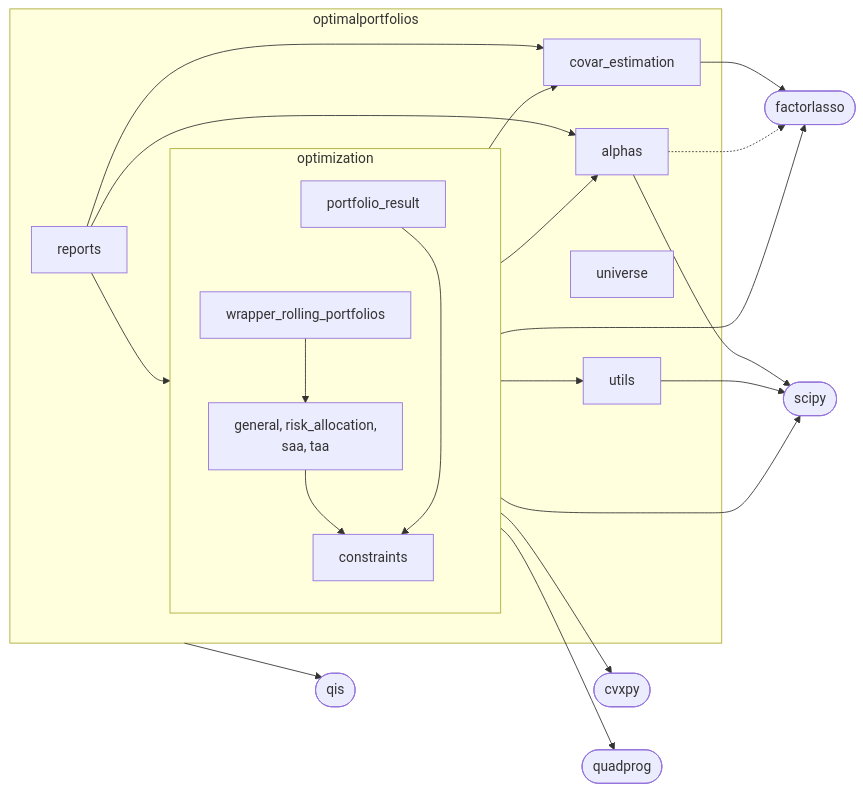
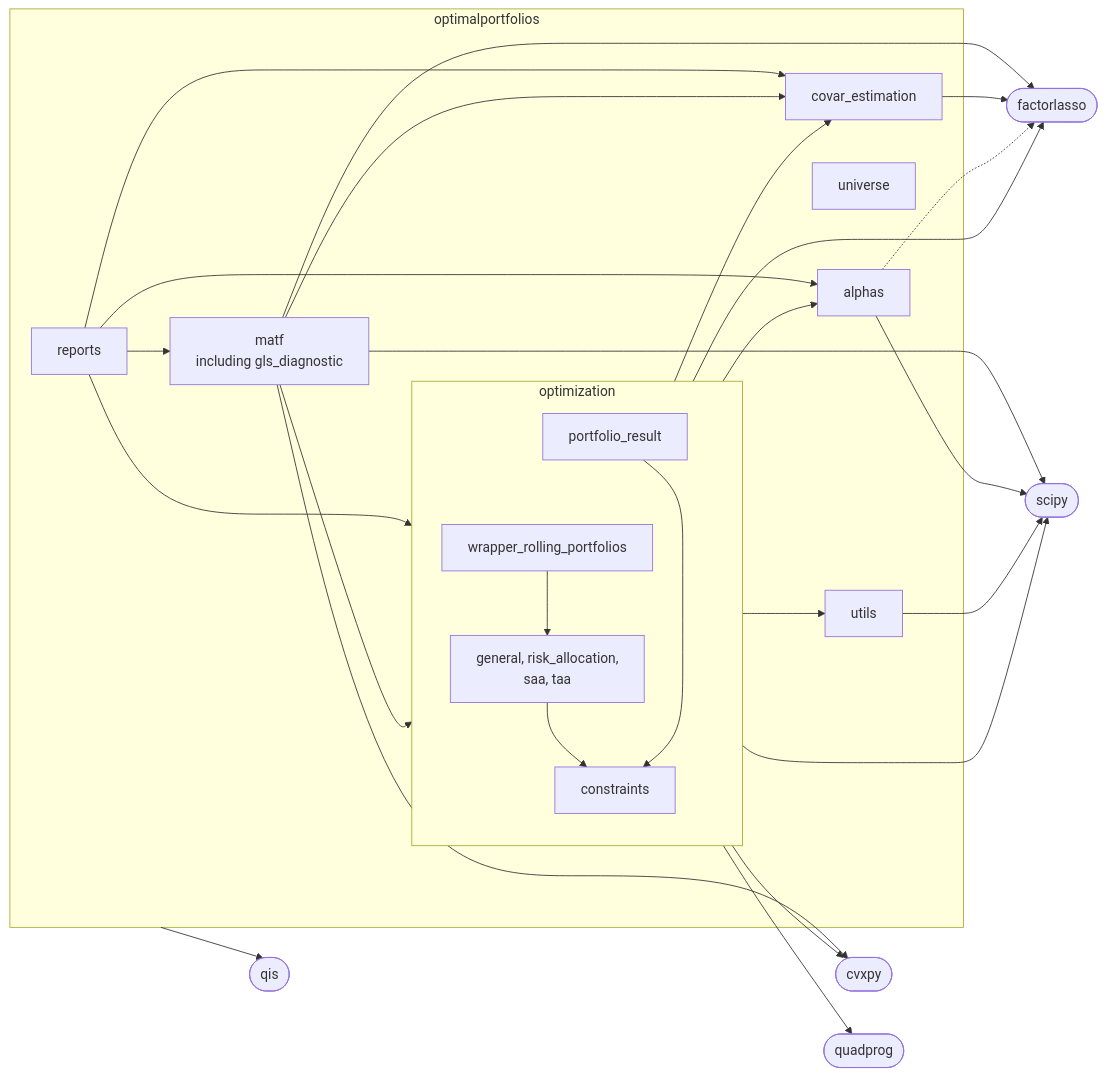
The second of 2 diagrams in docs/software_design.md (ArturSepp/OptimalPortfolios), drawn with Mermaid before and after one commit. The commit also changed other lines of this file and 23 other files, not shown here.

````diff
--- a/docs/software_design.md
+++ b/docs/software_design.md
@@ -83,30 +85,33 @@
 ```mermaid
 flowchart LR
     subgraph pkg ["optimalportfolios"]
         reports["reports"]
         subgraph optimization ["optimization"]
             direction TB
             result["portfolio_result"] ~~~ dispatcher["wrapper_rolling_portfolios"]
             dispatcher --> solvers["general, risk_allocation,<br/>saa, taa"] --> constraints["constraints"]
             result --> constraints
         end
         alphas["alphas"]
         covar["covar_estimation"]
+        matf["matf<br/>including gls_diagnostic"]
         universe["universe"]
         utils["utils"]
     end
     qis(["qis"])
     factorlasso(["factorlasso"])
     cvxpy(["cvxpy"])
     scipy(["scipy"])
     quadprog(["quadprog"])
     reports --> optimization
     reports --> alphas & covar
+    reports --> matf
+    matf --> scipy & cvxpy & factorlasso & covar & optimization
     optimization --> alphas & covar & utils
     optimization --> factorlasso & cvxpy & scipy & quadprog
     covar --> factorlasso
     alphas -.-> factorlasso
     alphas --> scipy
     utils --> scipy
     pkg --> qis
 ```
````
